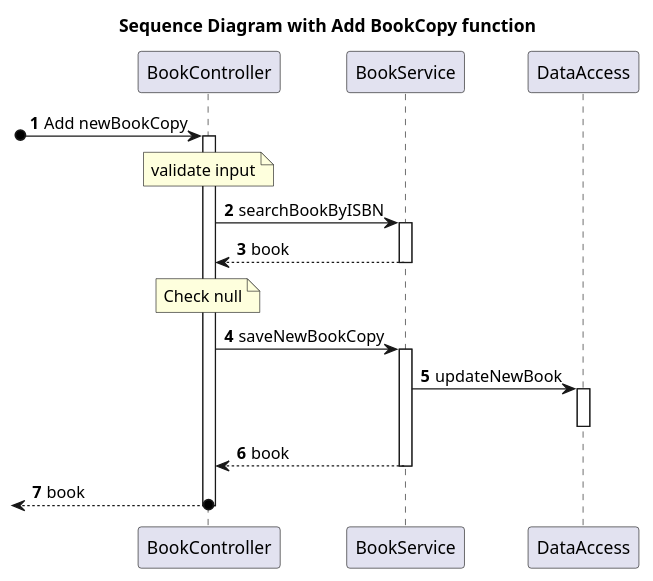
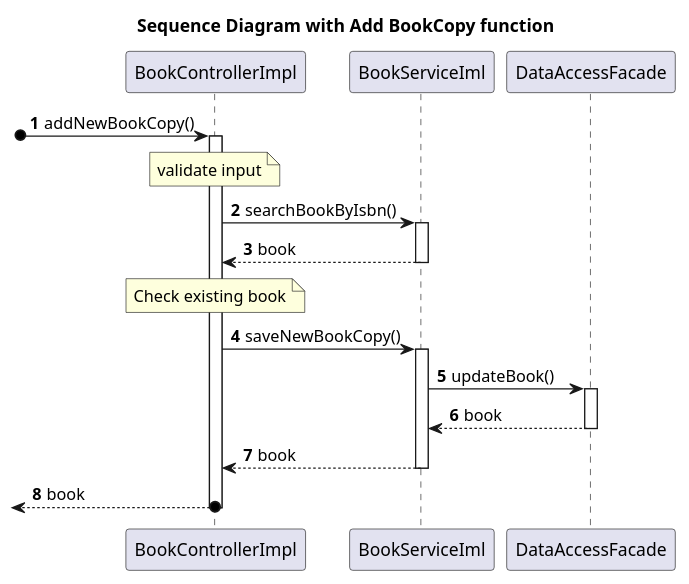
One commit to anhvu2889/miu-cs401-mpp changed the diagram in mpp-cs401/src/midterm/diagram/addBookCopy.puml. Above: the diagram before and after it, drawn with PlantUML. The commit also changed 6 other files, not shown here.

Commit message:
Add slide Fix sequence diagrams

```diff
--- a/mpp-cs401/src/midterm/diagram/addBookCopy.puml
+++ b/mpp-cs401/src/midterm/diagram/addBookCopy.puml
@@ -1,24 +1,25 @@
 @startuml
 
 title Sequence Diagram with Add BookCopy function
 
 autonumber
 
-participant "BookController" as bc
-participant "BookService" as bs
-participant "DataAccess" as da
+participant "BookControllerImpl" as bc
+participant "BookServiceIml" as bs
+participant "DataAccessFacade" as da
 
-[o-> bc++: Add newBookCopy
+[o-> bc++: addNewBookCopy()
 note over bc: validate input
-bc -> bs++: searchBookByISBN
+bc -> bs++: searchBookByIsbn()
 return book
 
-note over bc: Check null
-bc -> bs++: saveNewBookCopy
-bs -> da++: updateNewBook
-deactivate da
+note over bc: Check existing book
+bc -> bs++: saveNewBookCopy()
+bs -> da++: updateBook()
+return book
+
 return book
 
 return book
 
 @enduml
```
